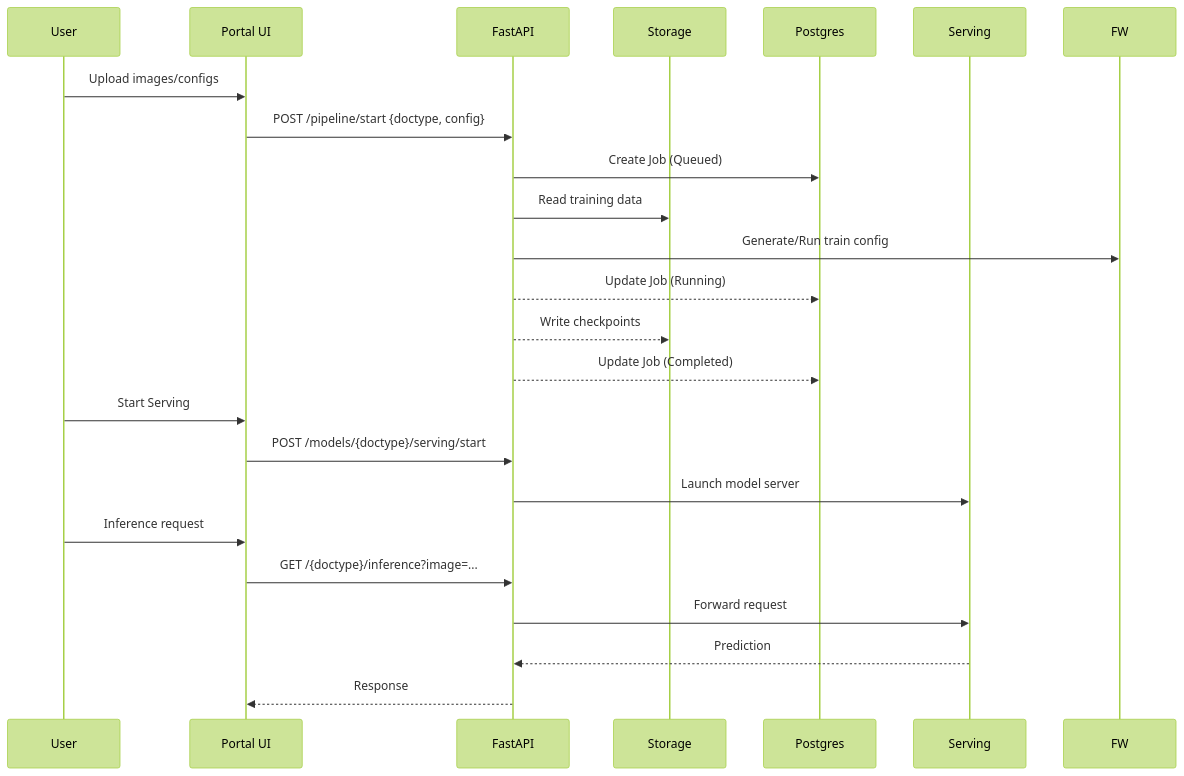
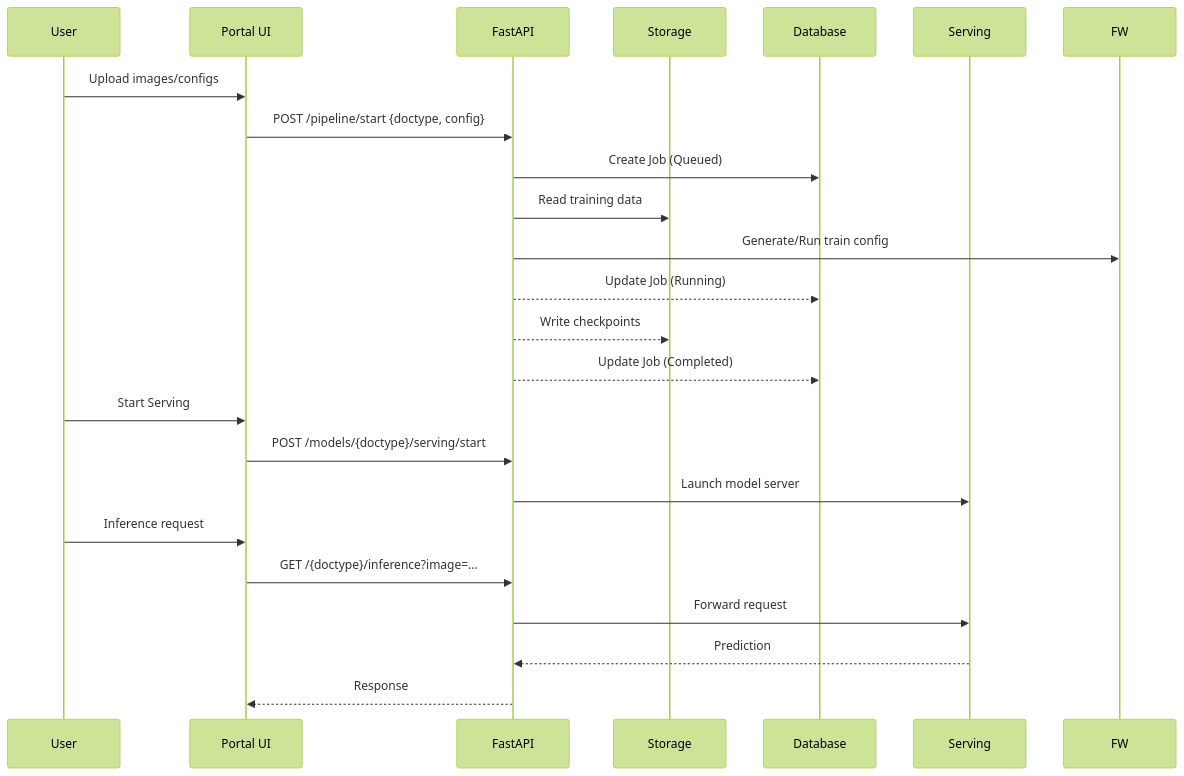
The third of 4 diagrams in pipeline.md (SolomonAmaning/Forex-exchange-forecast), drawn with Mermaid (forest theme) before and after one commit. The commit also changed other lines of this file, not shown here.

````diff
--- a/pipeline.md
+++ b/pipeline.md
@@ -86,26 +40,26 @@
 ```mermaid
 sequenceDiagram
   participant User
   participant UI as Portal UI
   participant API as FastAPI
   participant FS as Storage
-  participant DB as Postgres
+  participant DB as Database
   participant SV as Serving
 
   User->>UI: Upload images/configs
   UI->>API: POST /pipeline/start {doctype, config}
   API->>DB: Create Job (Queued)
   API->>FS: Read training data
   API->>FW: Generate/Run train config
   API-->>DB: Update Job (Running)
   API-->>FS: Write checkpoints
   API-->>DB: Update Job (Completed)
   User->>UI: Start Serving
   UI->>API: POST /models/{doctype}/serving/start
   API->>SV: Launch model server
   User->>UI: Inference request
   UI->>API: GET /{doctype}/inference?image=...
   API->>SV: Forward request
   SV-->>API: Prediction
   API-->>UI: Response
 ```
````
